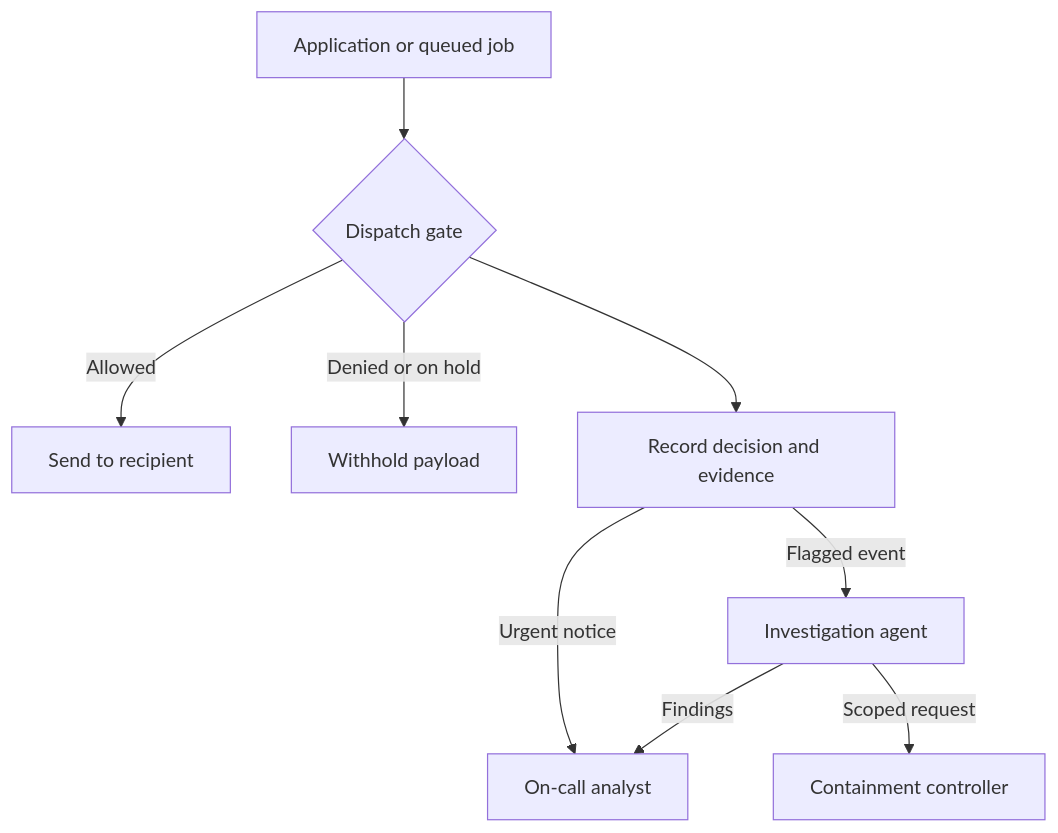
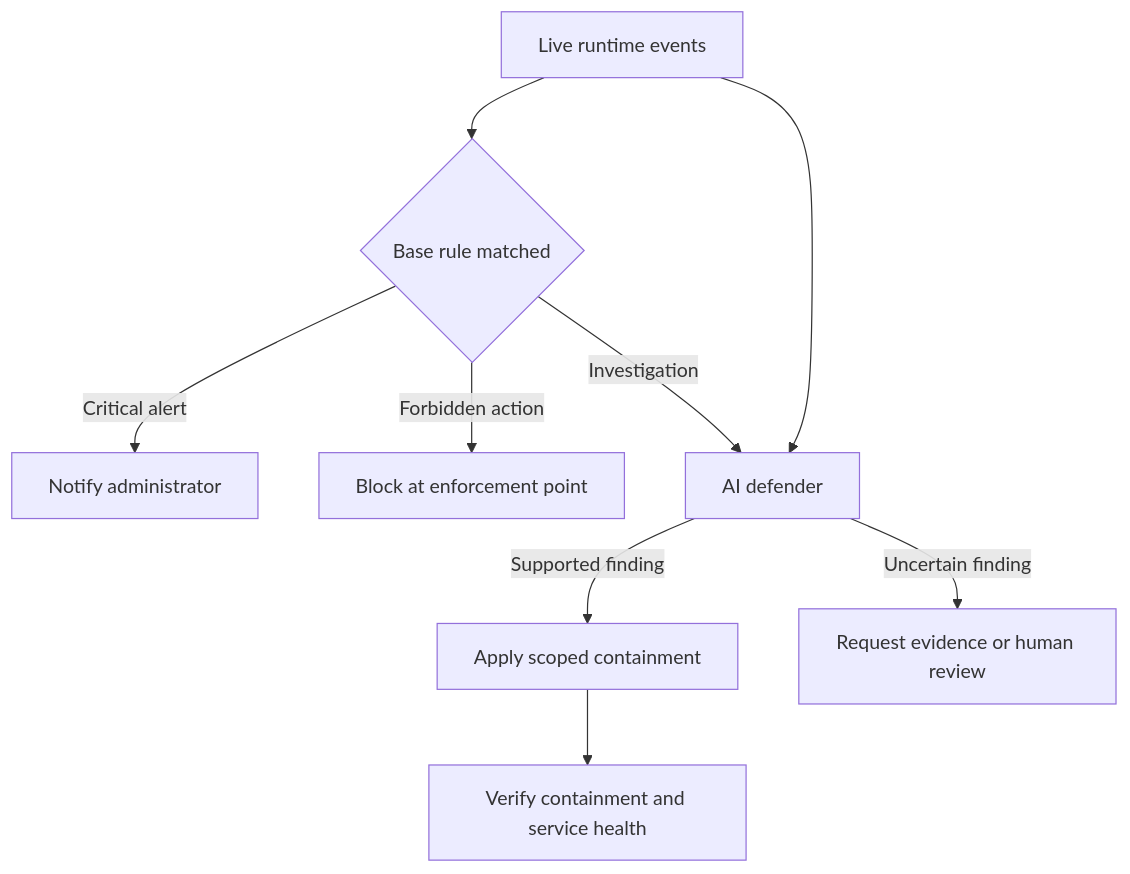
One commit to amenallahbarkaoui-github/agentic-runtime-defense changed the diagram in README.md. Above: the diagram before and after it, drawn with Mermaid. The commit also changed other lines of this file, not shown here.

````diff
--- a/README.md
+++ b/README.md
@@ -20,11 +16,11 @@
 ```mermaid
 flowchart TD
-    J["Application or queued job"] --> G{"Dispatch gate"}
-    G -->|Allowed| S["Send to recipient"]
-    G -->|Denied or on hold| W["Withhold payload"]
-    G --> E["Record decision and evidence"]
-    E -->|Flagged event| A["Investigation agent"]
-    E -->|Urgent notice| H["On-call analyst"]
-    A -->|Findings| H
-    A -->|Scoped request| C["Containment controller"]
+    E["Live runtime events"] --> R{"Base rule matched"}
+    R -->|Critical alert| H["Notify administrator"]
+    R -->|Forbidden action| B["Block at enforcement point"]
+    R -->|Investigation| A["AI defender"]
+    E --> A
+    A -->|Supported finding| C["Apply scoped containment"]
+    A -->|Uncertain finding| V["Request evidence or human review"]
+    C --> T["Verify containment and service health"]
 ```
````
